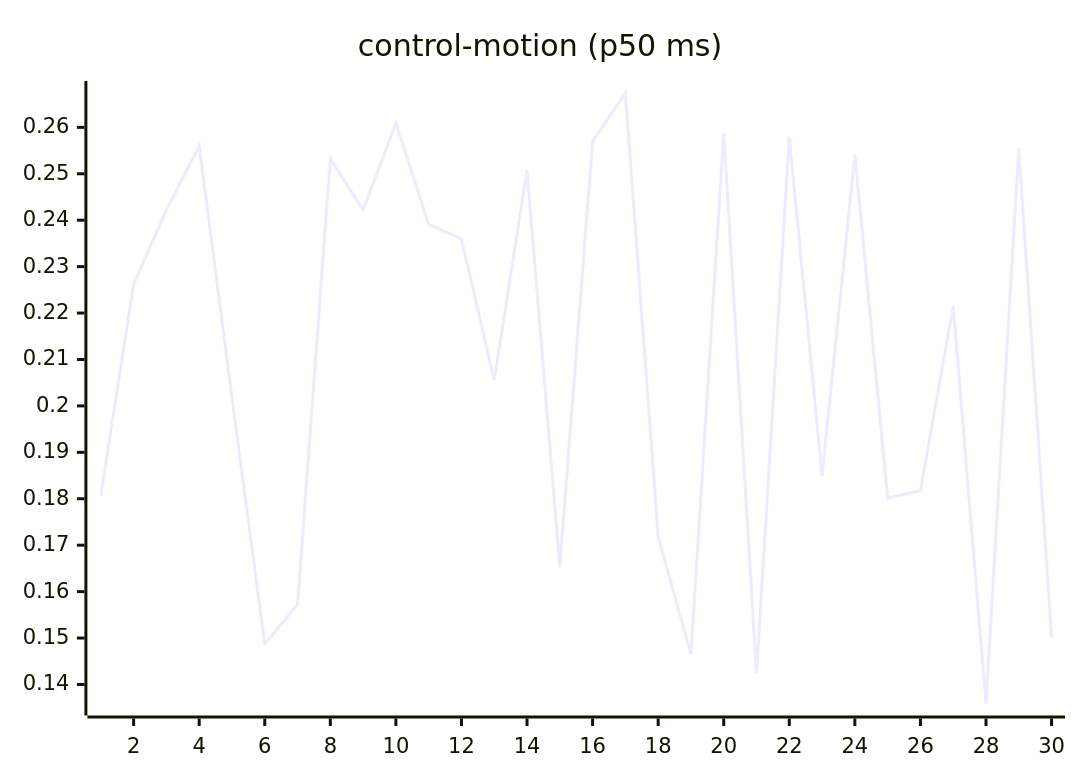
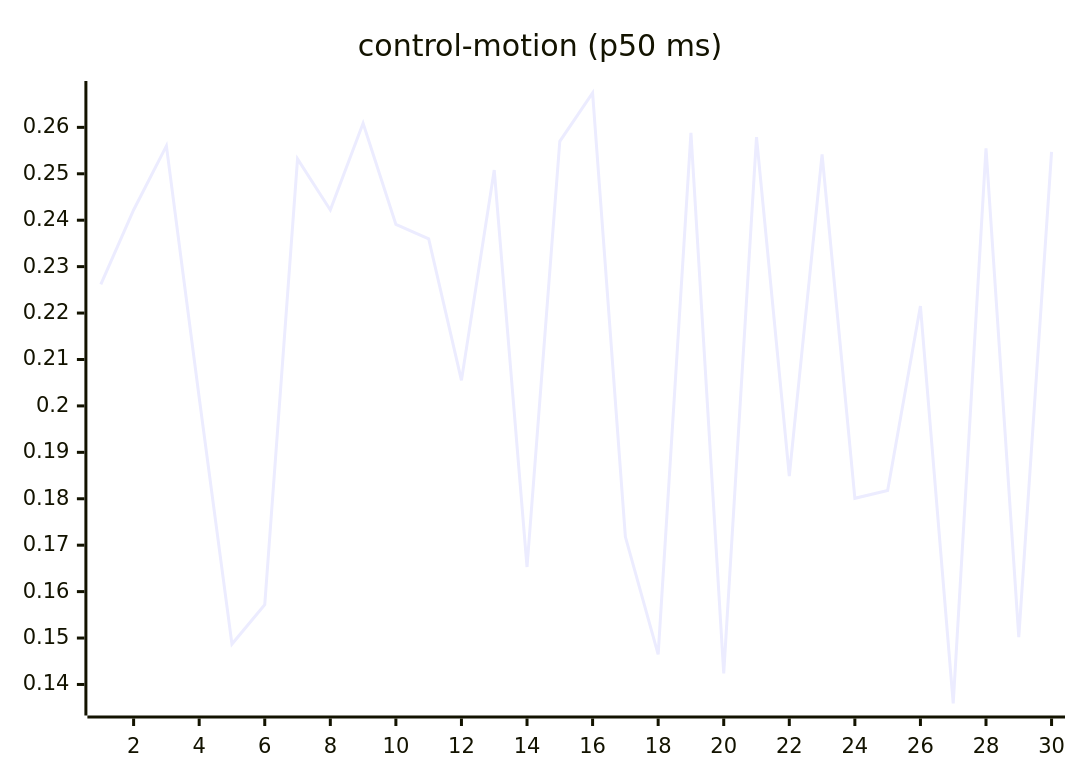
Before and after one commit to josha/Facet: the seventh of 27 diagrams in README.md, drawn with Mermaid. The commit also changed other lines of this file and 2 other files, not shown here.

````diff
--- a/README.md
+++ b/README.md
@@ -105,6 +105,6 @@
 ```mermaid
 xychart-beta
     title "control-motion (p50 ms)"
     x-axis 1 --> 30
-    line [0.1807, 0.2262, 0.2422, 0.2560, 0.2018, 0.1487, 0.1572, 0.2532, 0.2422, 0.2609, 0.2391, 0.2360, 0.2055, 0.2508, 0.1653, 0.2570, 0.2674, 0.1718, 0.1465, 0.2588, 0.1424, 0.2579, 0.1849, 0.2542, 0.1801, 0.1818, 0.2215, 0.1359, 0.2555, 0.1502]
+    line [0.2262, 0.2422, 0.2560, 0.2018, 0.1487, 0.1572, 0.2532, 0.2422, 0.2609, 0.2391, 0.2360, 0.2055, 0.2508, 0.1653, 0.2570, 0.2674, 0.1718, 0.1465, 0.2588, 0.1424, 0.2579, 0.1849, 0.2542, 0.1801, 0.1818, 0.2215, 0.1359, 0.2555, 0.1502, 0.2547]
 ```
````
